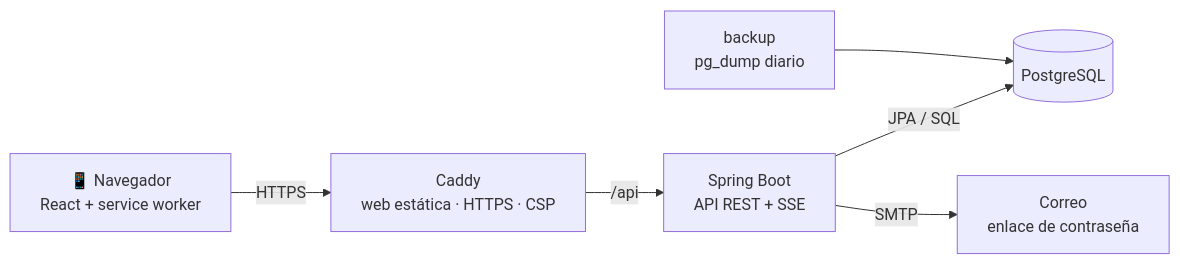
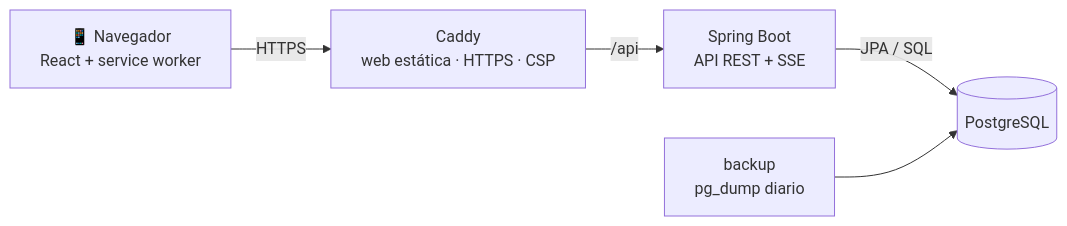
The diagram in README.md (EloyRomero19/supermercado-app), drawn with Mermaid before and after one commit. The commit also changed other lines of this file and 35 other files, not shown here.

````diff
--- a/README.md
+++ b/README.md
@@ -132,8 +131,7 @@
 ```mermaid
 flowchart LR
   U["📱 Navegador<br/>React + service worker"] -- "HTTPS" --> C["Caddy<br/>web estática · HTTPS · CSP"]
   C -- "/api" --> B["Spring Boot<br/>API REST + SSE"]
   B -- "JPA / SQL" --> D[("PostgreSQL")]
-  B -- "SMTP" --> M["Correo<br/>enlace de contraseña"]
   K["backup<br/>pg_dump diario"] --> D
 ```
````
